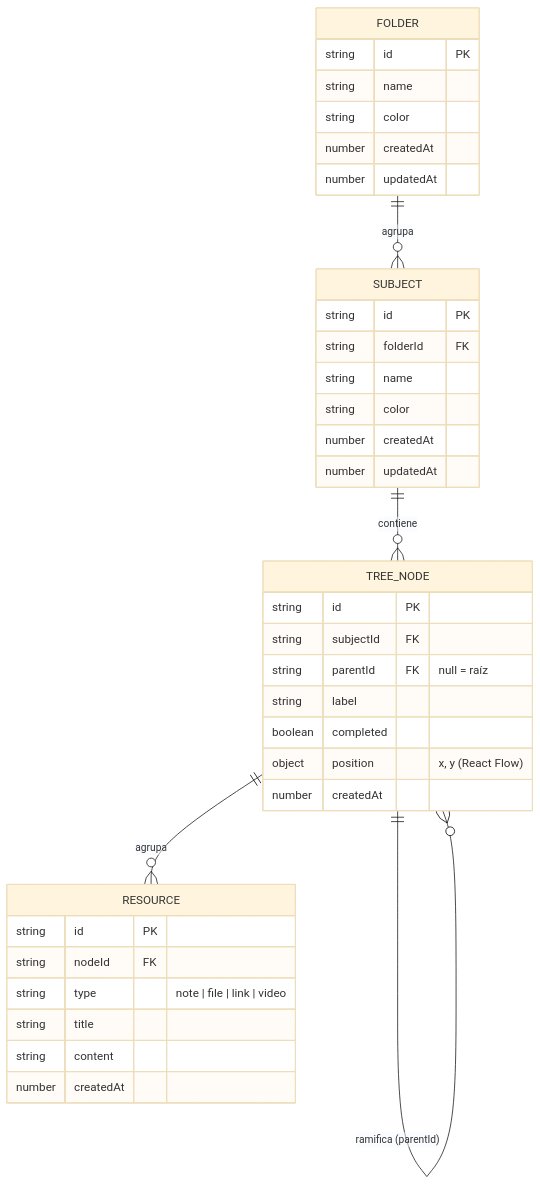
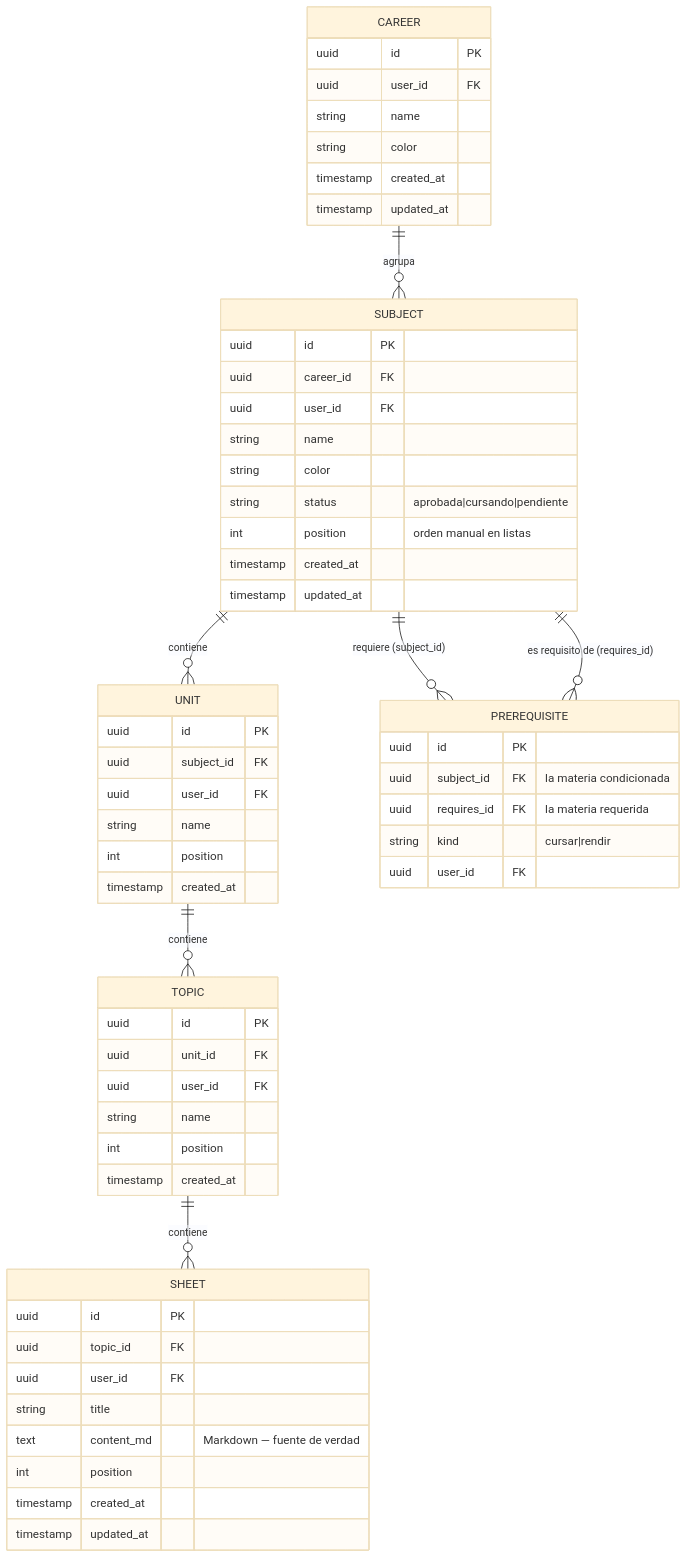
The diagram in docs/DB_SCHEMA.md (Code7C26/Studree), drawn with Mermaid (base theme) before and after one commit. The commit also changed other lines of this file and 12 other files, not shown here.

First line of the commit message:
docs: documentar el rediseno completo (Fase 7) - ADRs, DB_SCHEMA, features y CHANGELOG

````diff
--- a/docs/DB_SCHEMA.md
+++ b/docs/DB_SCHEMA.md
@@ -24,40 +30,62 @@
 ```mermaid
 erDiagram
-    FOLDER ||--o{ SUBJECT : agrupa
-    SUBJECT ||--o{ TREE_NODE : contiene
-    TREE_NODE ||--o{ TREE_NODE : "ramifica (parentId)"
-    TREE_NODE ||--o{ RESOURCE : agrupa
+    CAREER ||--o{ SUBJECT : agrupa
+    SUBJECT ||--o{ UNIT : contiene
+    UNIT ||--o{ TOPIC : contiene
+    TOPIC ||--o{ SHEET : contiene
+    SUBJECT ||--o{ PREREQUISITE : "requiere (subject_id)"
+    SUBJECT ||--o{ PREREQUISITE : "es requisito de (requires_id)"
 
-    FOLDER {
-        string id PK
+    CAREER {
+        uuid id PK
+        uuid user_id FK
         string name
         string color
-        number createdAt
-        number updatedAt
+        timestamp created_at
+        timestamp updated_at
     }
     SUBJECT {
-        string id PK
-        string folderId FK
+        uuid id PK
+        uuid career_id FK
+        uuid user_id FK
         string name
         string color
-        number createdAt
-        number updatedAt
+        string status "aprobada|cursando|pendiente"
+        int position "orden manual en listas"
+        timestamp created_at
+        timestamp updated_at
     }
-    TREE_NODE {
-        string id PK
-        string subjectId FK
-        string parentId FK "null = raíz"
-        string label
-        boolean completed
-        object position "x, y (React Flow)"
-        number createdAt
+    PREREQUISITE {
+        uuid id PK
+        uuid subject_id FK "la materia condicionada"
+        uuid requires_id FK "la materia requerida"
+        string kind "cursar|rendir"
+        uuid user_id FK
     }
-    RESOURCE {
-        string id PK
-        string nodeId FK
-        string type "note | file | link | video"
+    UNIT {
+        uuid id PK
+        uuid subject_id FK
+        uuid user_id FK
+        string name
+        int position
+        timestamp created_at
+    }
+    TOPIC {
+        uuid id PK
+        uuid unit_id FK
+        uuid user_id FK
+        string name
+        int position
+        timestamp created_at
+    }
+    SHEET {
+        uuid id PK
+        uuid topic_id FK
+        uuid user_id FK
         string title
-        string content
-        number createdAt
+        text content_md "Markdown — fuente de verdad"
+        int position
+        timestamp created_at
+        timestamp updated_at
     }
 ```
````
